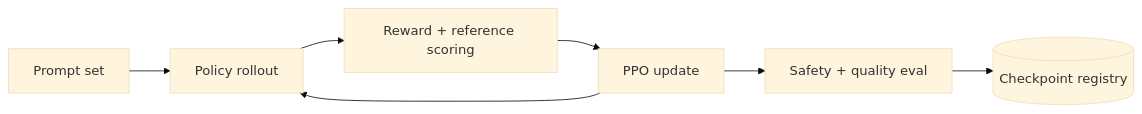
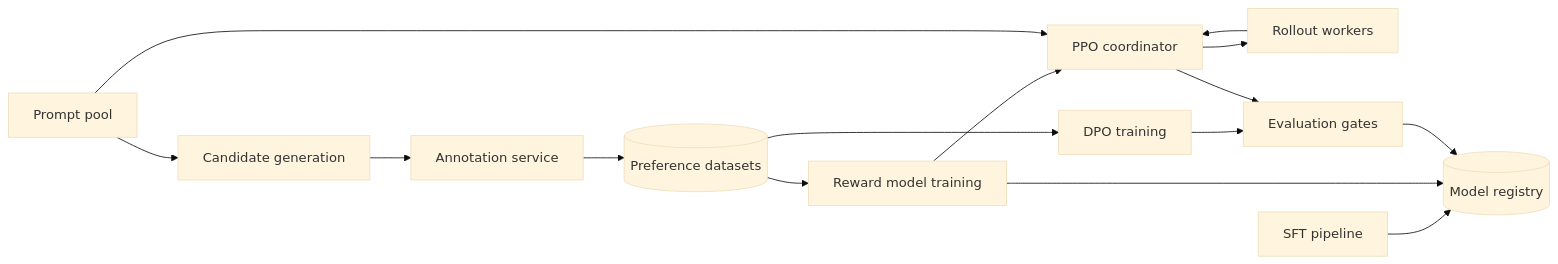
One commit to yangzichao/www changed the diagram in src/content/blog/system-design/rlhf-pipeline.md. Above: the diagram before and after it, drawn with Mermaid (base theme). The commit also changed other lines of this file and 18 other files, not shown here.

Commit message:
refactor: Revise URL Shortener design document to enhance clarity and detail on system evolution, API specifications, and architectural considerations

````diff
--- a/src/content/blog/system-design/rlhf-pipeline.md
+++ b/src/content/blog/system-design/rlhf-pipeline.md
@@ -81,9 +271,19 @@
 ```mermaid
 flowchart LR
-  P[Prompt set] --> G[Policy rollout]
-  G --> R[Reward + reference scoring]
-  R --> T[PPO update]
-  T --> G
-  T --> E[Safety + quality eval]
-  E --> K[(Checkpoint registry)]
+  P[Prompt pool] --> G[Candidate generation]
+  G --> A[Annotation service]
+  A --> D[(Preference datasets)]
+
+  D --> RM[Reward model training]
+  D --> DPO[DPO training]
+  RM --> PPO[PPO coordinator]
+  P --> PPO
+  PPO --> R[Rollout workers]
+  R --> PPO
+
+  SFT[SFT pipeline] --> REG[(Model registry)]
+  RM --> REG
+  DPO --> E[Evaluation gates]
+  PPO --> E
+  E --> REG
 ```
````
